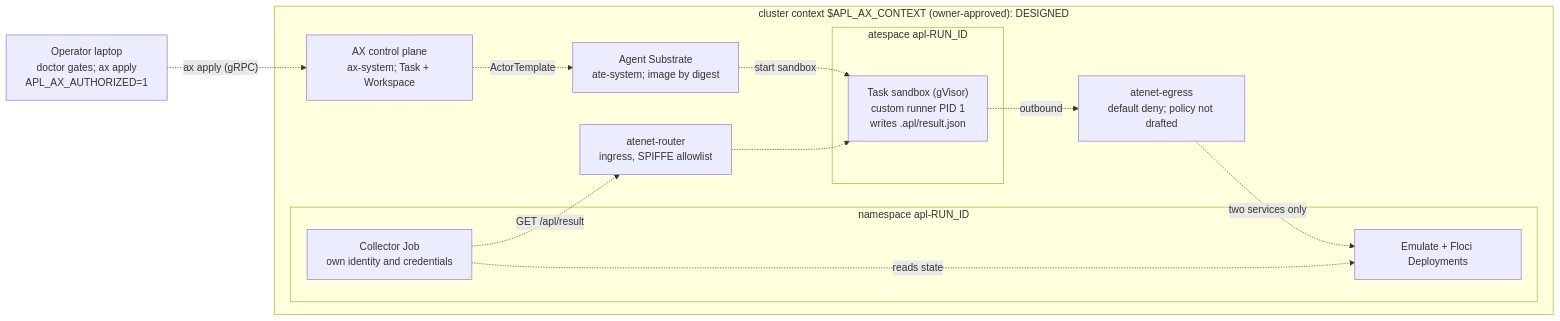
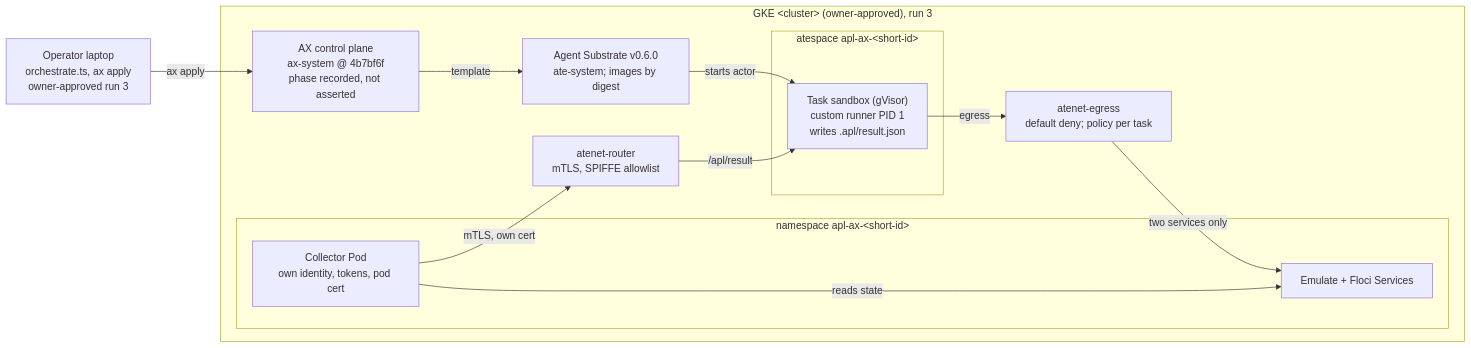
Before and after one commit to shivanathd/google-ax-agent-proof-lab: the seventh of 7 diagrams in docs/diagrams/README.md, drawn with Mermaid. The commit also changed other lines of this file and 14 other files, not shown here.

Commit message:
docs(diagrams): archify mental model, infrastructure layers, request flow; refresh system map and AX lane

````diff
--- a/docs/diagrams/README.md
+++ b/docs/diagrams/README.md
@@ -114,25 +279,25 @@
 ```mermaid
 flowchart LR
-  operator["Operator laptop<br/>doctor gates; ax apply<br/>APL_AX_AUTHORIZED=1"]
-  subgraph K["cluster context $APL_AX_CONTEXT (owner-approved): DESIGNED"]
-    axcp["AX control plane<br/>ax-system; Task + Workspace"]
-    substrate["Agent Substrate<br/>ate-system; image by digest"]
-    router["atenet-router<br/>ingress, SPIFFE allowlist"]
-    egress["atenet-egress<br/>default deny; policy not drafted"]
-    subgraph AS["atespace apl-RUN_ID"]
+  operator["Operator laptop<br/>orchestrate.ts, ax apply<br/>owner-approved run 3"]
+  subgraph K["GKE #lt;cluster#gt; (owner-approved), run 3"]
+    axcp["AX control plane<br/>ax-system @ 4b7bf6f<br/>phase recorded, not asserted"]
+    substrate["Agent Substrate v0.6.0<br/>ate-system; images by digest"]
+    router["atenet-router<br/>mTLS, SPIFFE allowlist"]
+    egress["atenet-egress<br/>default deny; policy per task"]
+    subgraph AS["atespace apl-ax-#lt;short-id#gt;"]
       task["Task sandbox (gVisor)<br/>custom runner PID 1<br/>writes .apl/result.json"]
     end
-    subgraph NS["namespace apl-RUN_ID"]
-      collector["Collector Job<br/>own identity and credentials"]
-      emulators["Emulate + Floci Deployments"]
+    subgraph NS["namespace apl-ax-#lt;short-id#gt;"]
+      collector["Collector Pod<br/>own identity, tokens, pod cert"]
+      emulators["Emulate + Floci Services"]
     end
   end
-  operator -. "ax apply (gRPC)" .-> axcp
-  axcp -. "ActorTemplate" .-> substrate
-  substrate -. "start sandbox" .-> task
-  task -. "outbound" .-> egress
-  egress -. "two services only" .-> emulators
-  collector -. "GET /apl/result" .-> router
-  router -.-> task
-  collector -. "reads state" .-> emulators
+  operator -- "ax apply" --> axcp
+  axcp -- "template" --> substrate
+  substrate -- "starts actor" --> task
+  task -- "egress" --> egress
+  egress -- "two services only" --> emulators
+  collector -- "mTLS, own cert" --> router
+  router -- "/apl/result" --> task
+  collector -- "reads state" --> emulators
 ```
````
